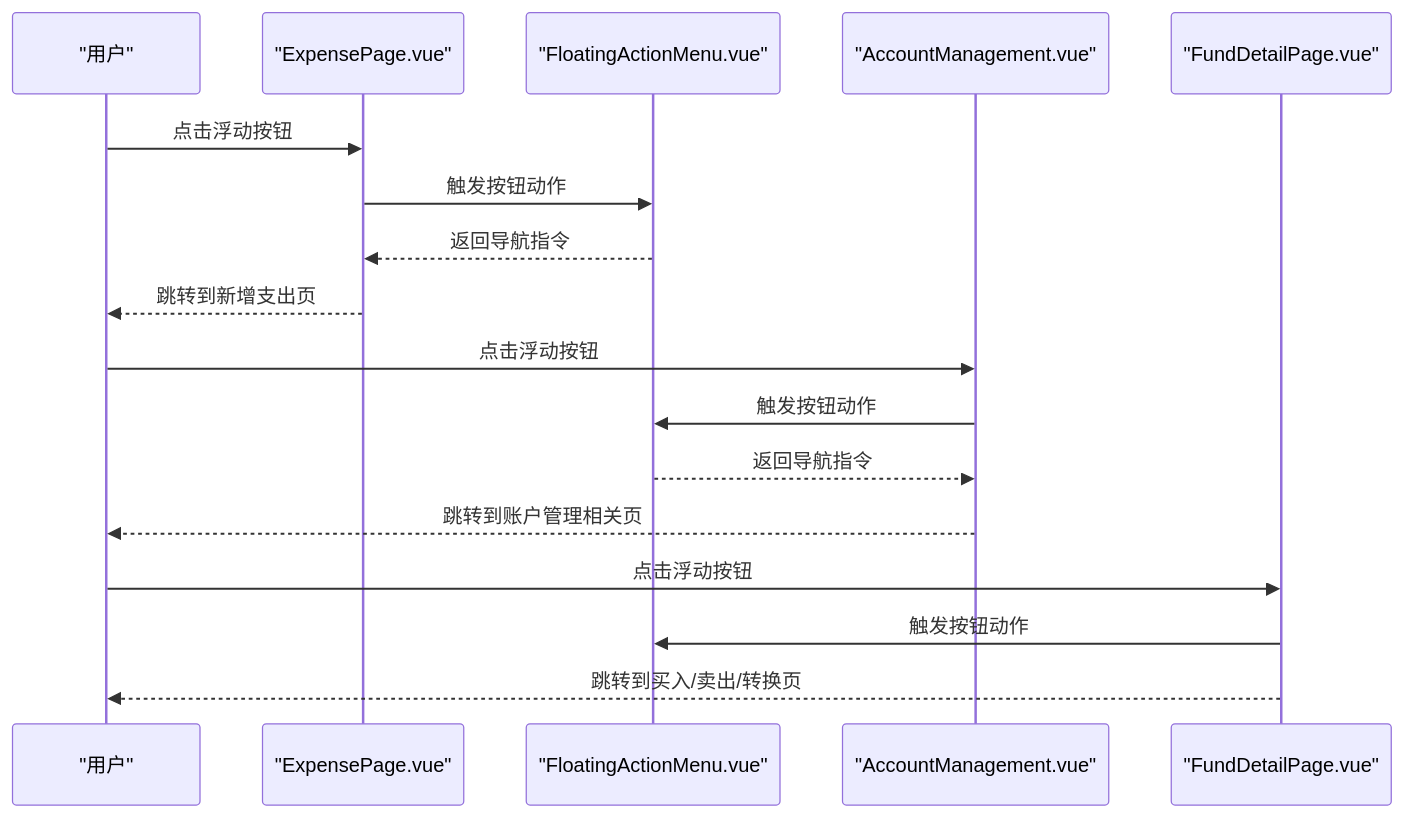
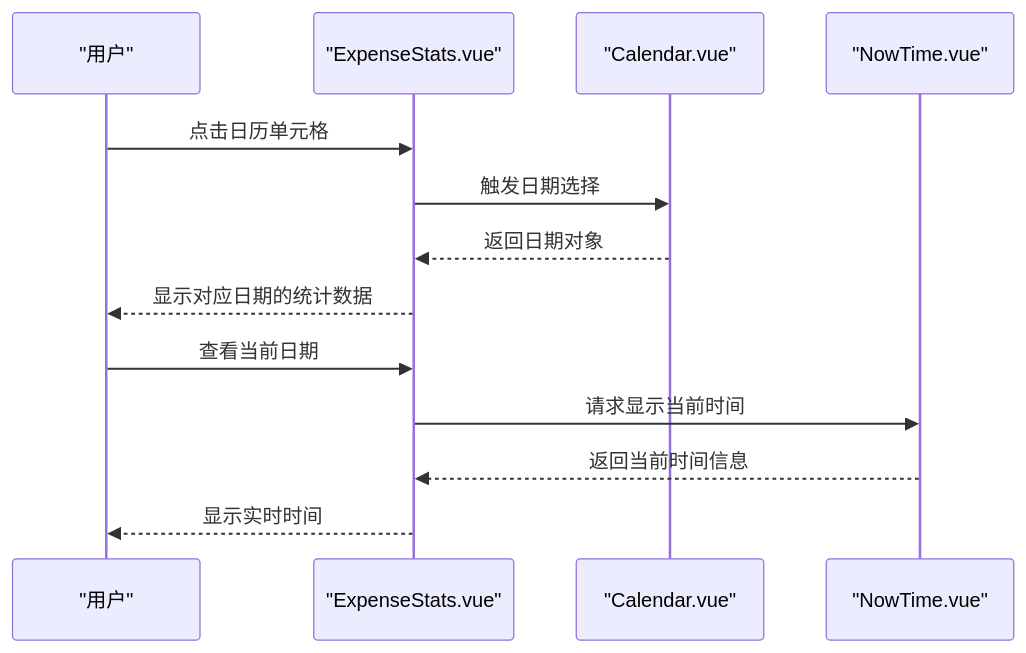
The second of 7 diagrams in .qoder/repowiki/zh/content/UI组件/交互组件.md (xiao-lin-unit/yuan), drawn with Mermaid before and after one commit. The commit also changed other lines of this file and 9 other files, not shown here.

````diff
--- a/.qoder/repowiki/zh/content/UI组件/交互组件.md
+++ b/.qoder/repowiki/zh/content/UI组件/交互组件.md
@@ -98,19 +99,15 @@
 ```mermaid
 sequenceDiagram
 participant U as "用户"
-participant EP as "ExpensePage.vue"
-participant FAM as "FloatingActionMenu.vue"
-participant AM as "AccountManagement.vue"
-participant FDP as "FundDetailPage.vue"
-U->>EP : 点击浮动按钮
-EP->>FAM : 触发按钮动作
-FAM-->>EP : 返回导航指令
-EP-->>U : 跳转到新增支出页
-U->>AM : 点击浮动按钮
-AM->>FAM : 触发按钮动作
-FAM-->>AM : 返回导航指令
-AM-->>U : 跳转到账户管理相关页
-U->>FDP : 点击浮动按钮
-FDP->>FAM : 触发按钮动作
-FDP-->>U : 跳转到买入/卖出/转换页
+participant ES as "ExpenseStats.vue"
+participant C as "Calendar.vue"
+participant NT as "NowTime.vue"
+U->>ES : 点击日历单元格
+ES->>C : 触发日期选择
+C-->>ES : 返回日期对象
+ES-->>U : 显示对应日期的统计数据
+U->>ES : 查看当前日期
+ES->>NT : 请求显示当前时间
+NT-->>ES : 返回当前时间信息
+ES-->>U : 显示实时时间
 ```
````
